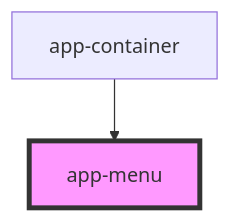
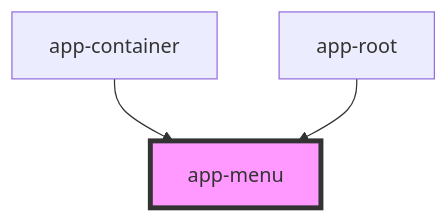
Before and after one commit to daniel-visoiu/cardinal: the diagram in src/components/app-menu/readme.md, drawn with Mermaid. The commit also changed other lines of this file and 9 other files, not shown here.

Commit message:
added app-root in psk-webcomponents. it should be removed from other projects (pwc-apps,WGApps)

````diff
--- a/src/components/app-menu/readme.md
+++ b/src/components/app-menu/readme.md
@@ -32,5 +33,6 @@
 ```mermaid
 graph TD;
   app-container --> app-menu
+  app-root --> app-menu
   style app-menu fill:#f9f,stroke:#333,stroke-width:4px
 ```
````
